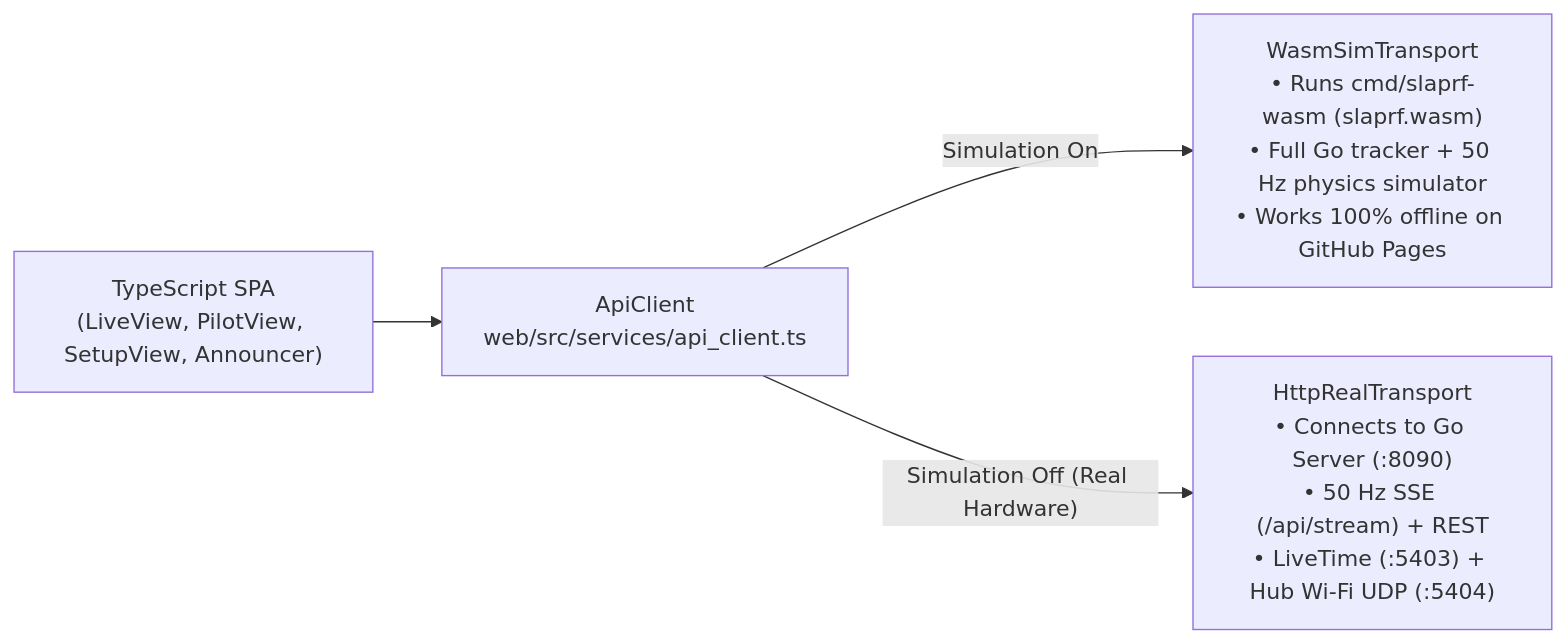
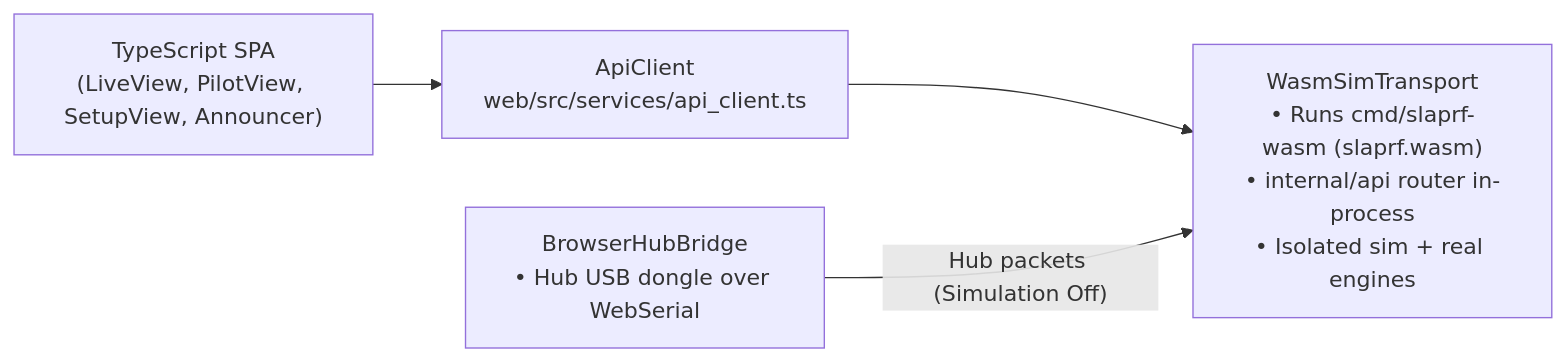
Before and after one commit to kaack/SlapRF: the sixth of 6 diagrams in docs/ARCHITECTURE.md, drawn with Mermaid. The commit also changed other lines of this file and 82 other files, not shown here.

First line of the commit message:
WIP: browser-only app, LiveTime relay, IndexedDB, offline PWA, Hub-at-gate, 100 Hz low-latency firmware

````diff
--- a/docs/ARCHITECTURE.md
+++ b/docs/ARCHITECTURE.md
@@ -318,11 +319,11 @@
 ```mermaid
 flowchart LR
     UI["TypeScript SPA\n(LiveView, PilotView, SetupView, Announcer)"]
     Client["ApiClient\nweb/src/services/api_client.ts"]
-    WASM["WasmSimTransport\n• Runs cmd/slaprf-wasm (slaprf.wasm)\n• Full Go tracker + 50 Hz physics simulator\n• Works 100% offline on GitHub Pages"]
-    HTTP["HttpRealTransport\n• Connects to Go Server (:8090)\n• 50 Hz SSE (/api/stream) + REST\n• LiveTime (:5403) + Hub Wi-Fi UDP (:5404)"]
+    WASM["WasmSimTransport\n• Runs cmd/slaprf-wasm (slaprf.wasm)\n• internal/api router in-process\n• Isolated sim + real engines"]
+    Hub["BrowserHubBridge\n• Hub USB dongle over WebSerial"]
 
     UI --> Client
-    Client -- "Simulation On" --> WASM
-    Client -- "Simulation Off (Real Hardware)" --> HTTP
+    Client --> WASM
+    Hub -- "Hub packets (Simulation Off)" --> WASM
 ```
````
